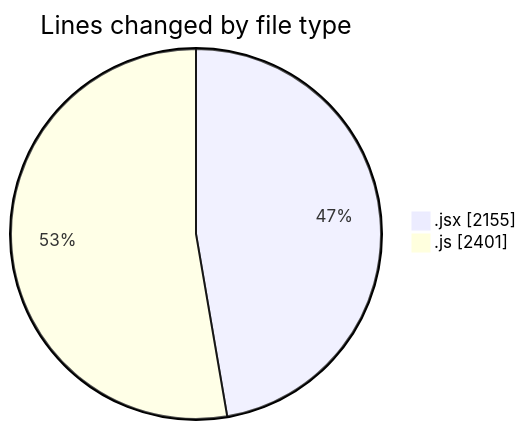
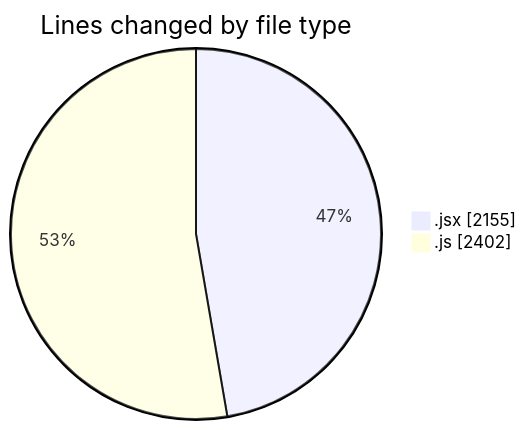
One commit to nxtqubesakshisongat/code-tracking changed the first of 2 diagrams in 2025-07-30/nxtqube_webapp/README.md. Above: the diagram before and after it, drawn with Mermaid. The commit also changed other lines of this file and 1 other file, not shown here.

````diff
--- a/2025-07-30/nxtqube_webapp/README.md
+++ b/2025-07-30/nxtqube_webapp/README.md
@@ -27,6 +27,6 @@
 ```mermaid
 pie showData
 title Lines changed by file type
 ".jsx" : 2155
-".js" : 2401
+".js" : 2402
 ```
````
